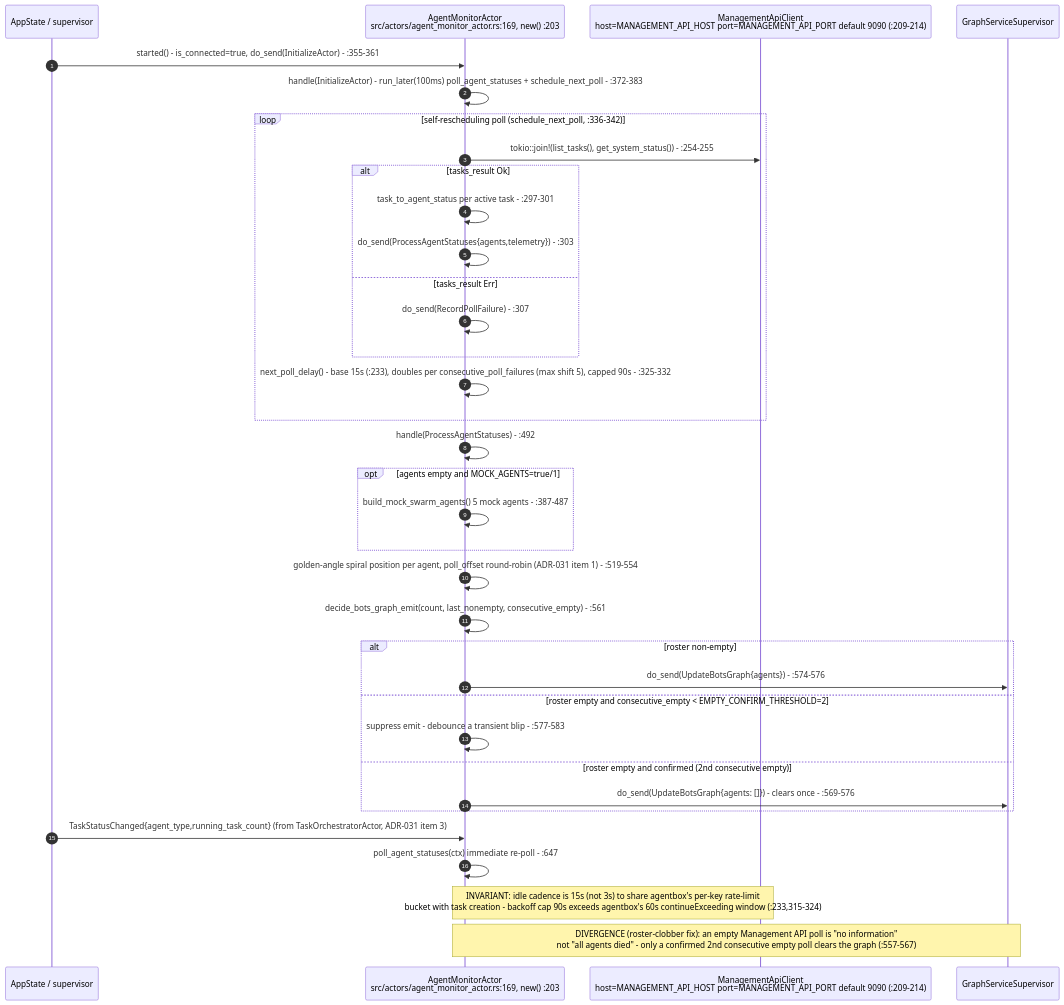
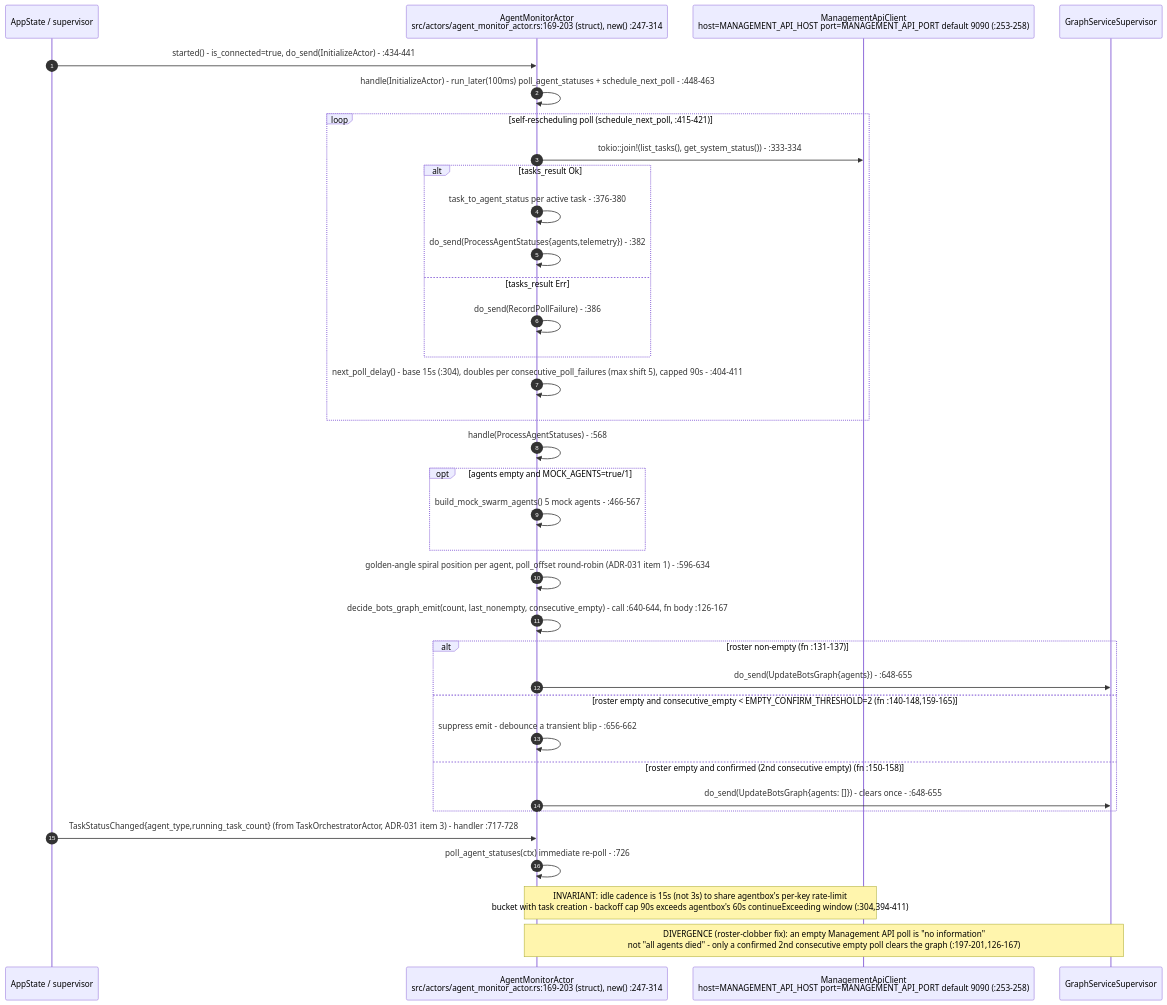
One commit to DreamLab-AI/VisionFlow changed the seventh of 13 diagrams in docs/diagrams/visionclaw/27-agent-integration-mcp-relay.md. Above: the diagram before and after it, drawn with Mermaid. The commit also changed other lines of this file and 52 other files, not shown here.

First line of the commit message:
docs(diagrams): wave 3 checkpoint — bare line refs resolved, revision-pinned cite-check, VC-05/AB-01..13 re-attested

````diff
--- a/docs/diagrams/visionclaw/27-agent-integration-mcp-relay.md
+++ b/docs/diagrams/visionclaw/27-agent-integration-mcp-relay.md
@@ -306,38 +304,38 @@
 ```mermaid
 sequenceDiagram
     autonumber
     participant Sup as AppState / supervisor
-    participant AM as AgentMonitorActor<br/>src/actors/agent_monitor_actor.rs:169, new() :203
-    participant MAC as ManagementApiClient<br/>host=MANAGEMENT_API_HOST port=MANAGEMENT_API_PORT default 9090 (:209-214)
+    participant AM as AgentMonitorActor<br/>src/actors/agent_monitor_actor.rs:169-203 (struct), new() :247-314
+    participant MAC as ManagementApiClient<br/>host=MANAGEMENT_API_HOST port=MANAGEMENT_API_PORT default 9090 (:253-258)
     participant GSS as GraphServiceSupervisor
 
-    Sup->>AM: started() - is_connected=true, do_send(InitializeActor) - :355-361
-    AM->>AM: handle(InitializeActor) - run_later(100ms) poll_agent_statuses + schedule_next_poll - :372-383
-    loop self-rescheduling poll (schedule_next_poll, :336-342)
-        AM->>MAC: tokio::join!(list_tasks(), get_system_status()) - :254-255
+    Sup->>AM: started() - is_connected=true, do_send(InitializeActor) - :434-441
+    AM->>AM: handle(InitializeActor) - run_later(100ms) poll_agent_statuses + schedule_next_poll - :448-463
+    loop self-rescheduling poll (schedule_next_poll, :415-421)
+        AM->>MAC: tokio::join!(list_tasks(), get_system_status()) - :333-334
         alt tasks_result Ok
-            AM->>AM: task_to_agent_status per active task - :297-301
-            AM->>AM: do_send(ProcessAgentStatuses{agents,telemetry}) - :303
+            AM->>AM: task_to_agent_status per active task - :376-380
+            AM->>AM: do_send(ProcessAgentStatuses{agents,telemetry}) - :382
         else tasks_result Err
-            AM->>AM: do_send(RecordPollFailure) - :307
+            AM->>AM: do_send(RecordPollFailure) - :386
         end
-        AM->>AM: next_poll_delay() - base 15s (:233), doubles per consecutive_poll_failures (max shift 5), capped 90s - :325-332
+        AM->>AM: next_poll_delay() - base 15s (:304), doubles per consecutive_poll_failures (max shift 5), capped 90s - :404-411
     end
-    AM->>AM: handle(ProcessAgentStatuses) - :492
+    AM->>AM: handle(ProcessAgentStatuses) - :568
     opt agents empty and MOCK_AGENTS=true/1
-        AM->>AM: build_mock_swarm_agents() 5 mock agents - :387-487
+        AM->>AM: build_mock_swarm_agents() 5 mock agents - :466-567
     end
-    AM->>AM: golden-angle spiral position per agent, poll_offset round-robin (ADR-031 item 1) - :519-554
-    AM->>AM: decide_bots_graph_emit(count, last_nonempty, consecutive_empty) - :561
-    alt roster non-empty
-        AM->>GSS: do_send(UpdateBotsGraph{agents}) - :574-576
-    else roster empty and consecutive_empty < EMPTY_CONFIRM_THRESHOLD=2
-        AM->>AM: suppress emit - debounce a transient blip - :577-583
-    else roster empty and confirmed (2nd consecutive empty)
-        AM->>GSS: do_send(UpdateBotsGraph{agents: []}) - clears once - :569-576
+    AM->>AM: golden-angle spiral position per agent, poll_offset round-robin (ADR-031 item 1) - :596-634
+    AM->>AM: decide_bots_graph_emit(count, last_nonempty, consecutive_empty) - call :640-644, fn body :126-167
+    alt roster non-empty (fn :131-137)
+        AM->>GSS: do_send(UpdateBotsGraph{agents}) - :648-655
+    else roster empty and consecutive_empty < EMPTY_CONFIRM_THRESHOLD=2 (fn :140-148,159-165)
+        AM->>AM: suppress emit - debounce a transient blip - :656-662
+    else roster empty and confirmed (2nd consecutive empty) (fn :150-158)
+        AM->>GSS: do_send(UpdateBotsGraph{agents: []}) - clears once - :648-655
     end
-    Sup->>AM: TaskStatusChanged{agent_type,running_task_count} (from TaskOrchestratorActor, ADR-031 item 3)
-    AM->>AM: poll_agent_statuses(ctx) immediate re-poll - :647
-    Note over AM,MAC: INVARIANT: idle cadence is 15s (not 3s) to share agentbox's per-key rate-limit<br/>bucket with task creation - backoff cap 90s exceeds agentbox's 60s continueExceeding window (:233,315-324)
-    Note over AM,GSS: DIVERGENCE (roster-clobber fix): an empty Management API poll is "no information"<br/>not "all agents died" - only a confirmed 2nd consecutive empty poll clears the graph (:557-567)
+    Sup->>AM: TaskStatusChanged{agent_type,running_task_count} (from TaskOrchestratorActor, ADR-031 item 3) - handler :717-728
+    AM->>AM: poll_agent_statuses(ctx) immediate re-poll - :726
+    Note over AM,MAC: INVARIANT: idle cadence is 15s (not 3s) to share agentbox's per-key rate-limit<br/>bucket with task creation - backoff cap 90s exceeds agentbox's 60s continueExceeding window (:304,394-411)
+    Note over AM,GSS: DIVERGENCE (roster-clobber fix): an empty Management API poll is "no information"<br/>not "all agents died" - only a confirmed 2nd consecutive empty poll clears the graph (:197-201,126-167)
 ```
````
